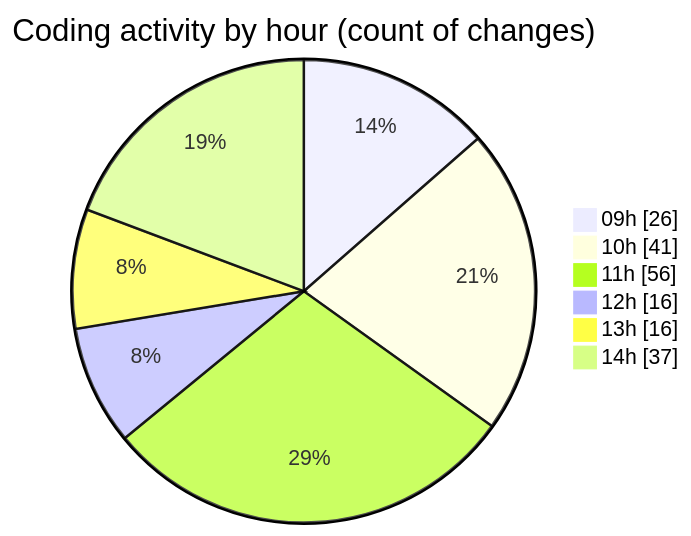
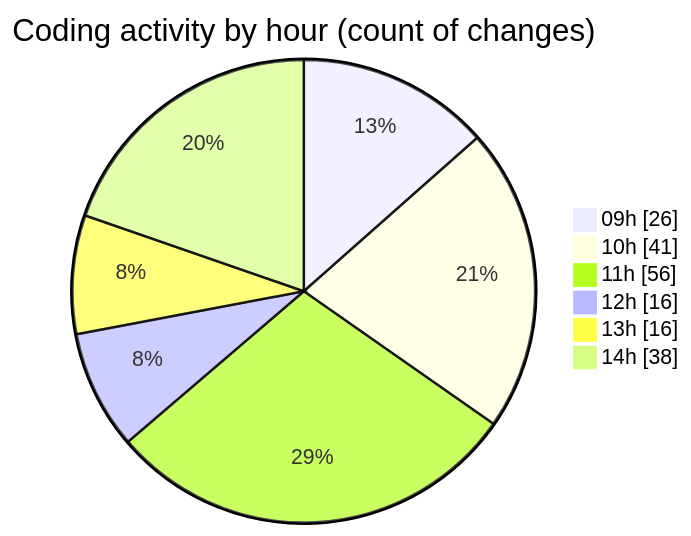
Before and after one commit to momahboobian/code-tracking: the second of 2 diagrams in 2026-05-12/cda/README.md, drawn with Mermaid. The commit also changed other lines of this file and 1 other file, not shown here.

````diff
--- a/2026-05-12/cda/README.md
+++ b/2026-05-12/cda/README.md
@@ -65,10 +65,10 @@
 ```mermaid
 pie showData
 title Coding activity by hour (count of changes)
 "09h" : 26
 "10h" : 41
 "11h" : 56
 "12h" : 16
 "13h" : 16
-"14h" : 37
+"14h" : 38
 ```
````
